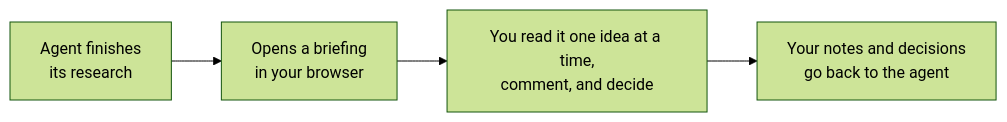
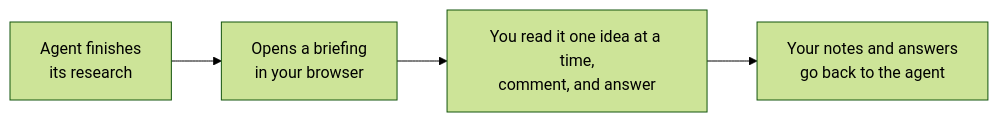
The diagram in README.md (JacobHayes/briefing), drawn with Mermaid (forest theme) before and after one commit. The commit also changed other lines of this file and 15 other files, not shown here.

````diff
--- a/README.md
+++ b/README.md
@@ -12,6 +13,6 @@
 ```mermaid
 flowchart LR
     A[Agent finishes<br/>its research] --> B[Opens a briefing<br/>in your browser]
-    B --> C[You read it one idea at a time,<br/>comment, and decide]
-    C --> D[Your notes and decisions<br/>go back to the agent]
+    B --> C[You read it one idea at a time,<br/>comment, and answer]
+    C --> D[Your notes and answers<br/>go back to the agent]
 ```
````
